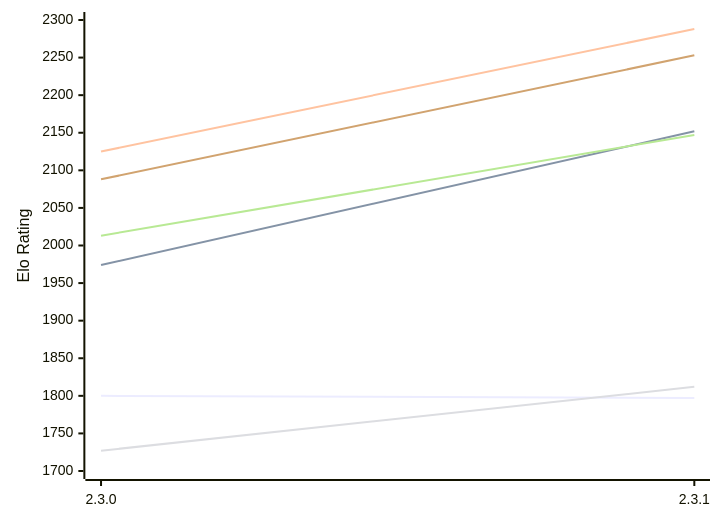
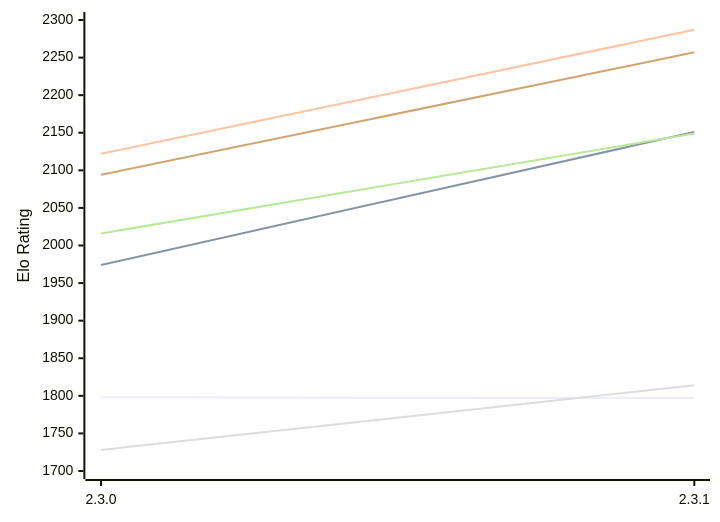
The first of 2 diagrams in engines/Kreveta.md (computer-chess-index/cci), drawn with Mermaid before and after one commit. The commit also changed other lines of this file, not shown here.

Commit message:
Update CCI Ratings (ELO VLTC) - 2026-11-23

````diff
--- a/engines/Kreveta.md
+++ b/engines/Kreveta.md
@@ -59,12 +59,12 @@
 ```mermaid
 %%{init: {"theme":"base","themeVariables":{"seriesColors:['#a3a3a3','#222221','#faa371']}}}%%
 xychart-beta
   x-axis ["2.3.0", "2.3.1"]
   y-axis "Elo Rating" 1700 --> 2300
-  line "E1: STC (8.0+0.08s)" [1800, 1797]
-  line "E1: LTC (60.0+0.60s)" [1974, 2152]
-  line "E1: VLTC (2m24s+1.12s)" [2125, 2288]
-  line "P1: STC (8.0+0.08s)" [1727, 1812]
-  line "P1: LTC (60.0+0.60s)" [2013, 2147]
-  line "P1: VLTC (2m24s+1.12s)" [2088, 2253]
+  line "E1: STC (8.0+0.08s)" [1798, 1797]
+  line "E1: LTC (60.0+0.60s)" [1974, 2151]
+  line "E1: VLTC (2m24s+1.12s)" [2122, 2287]
+  line "P1: STC (8.0+0.08s)" [1728, 1814]
+  line "P1: LTC (60.0+0.60s)" [2016, 2149]
+  line "P1: VLTC (2m24s+1.12s)" [2094, 2257]
 ```
````
